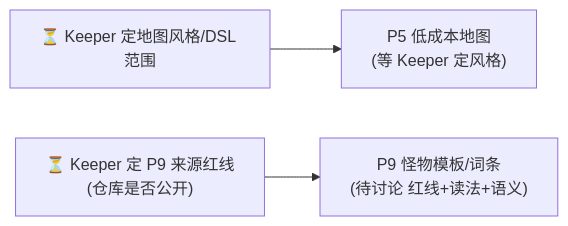
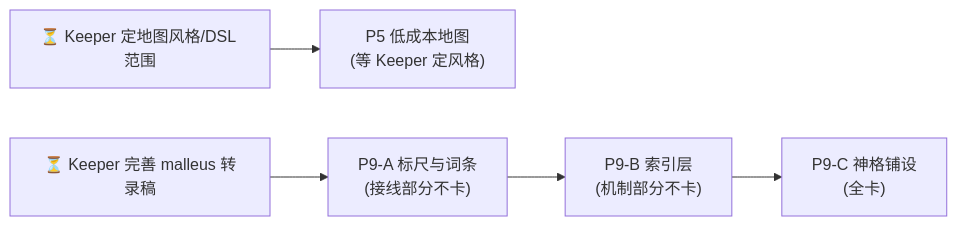
One commit to Mzihong/coc-keeper-kit changed the diagram in update_plan/README.md. Above: the diagram before and after it, drawn with Mermaid. The commit also changed other lines of this file and 16 other files, not shown here.

````diff
--- a/update_plan/README.md
+++ b/update_plan/README.md
@@ -25,10 +25,13 @@
 ```mermaid
 graph LR
     P5["P5 低成本地图<br/>(等 Keeper 定风格)"]
-    P9["P9 怪物模板/词条<br/>(待讨论 红线+读法+语义)"]
+    P9A["P9-A 标尺与词条<br/>(接线部分不卡)"]
+    P9B["P9-B 索引层<br/>(机制部分不卡)"]
+    P9C["P9-C 神格铺设<br/>(全卡)"]
     KeeperMap["⏳ Keeper 定地图风格/DSL 范围"]
-    KeeperRed["⏳ Keeper 定 P9 来源红线<br/>(仓库是否公开)"]
+    KeeperMM["⏳ Keeper 完善 malleus 转录稿"]
 
     KeeperMap --> P5
-    KeeperRed --> P9
+    KeeperMM --> P9A
+    P9A --> P9B --> P9C
 ```
````
